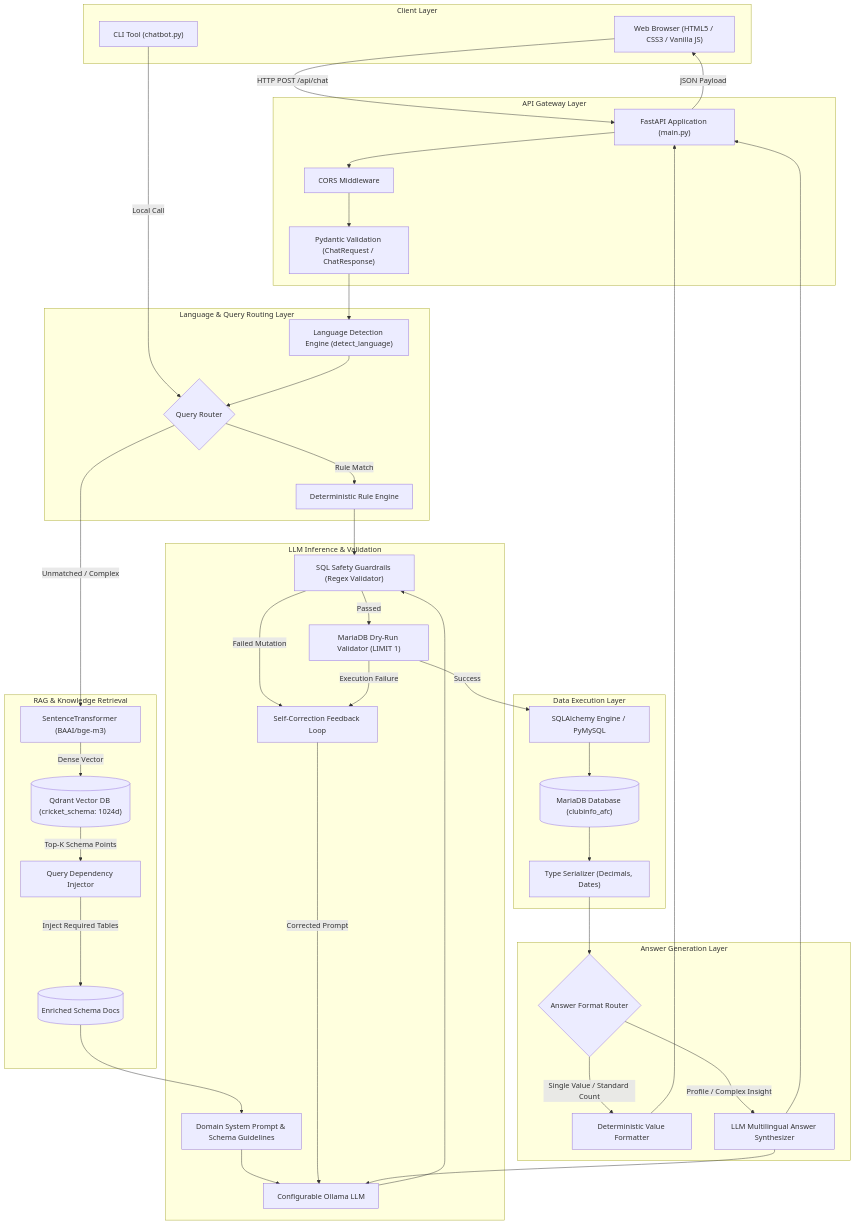
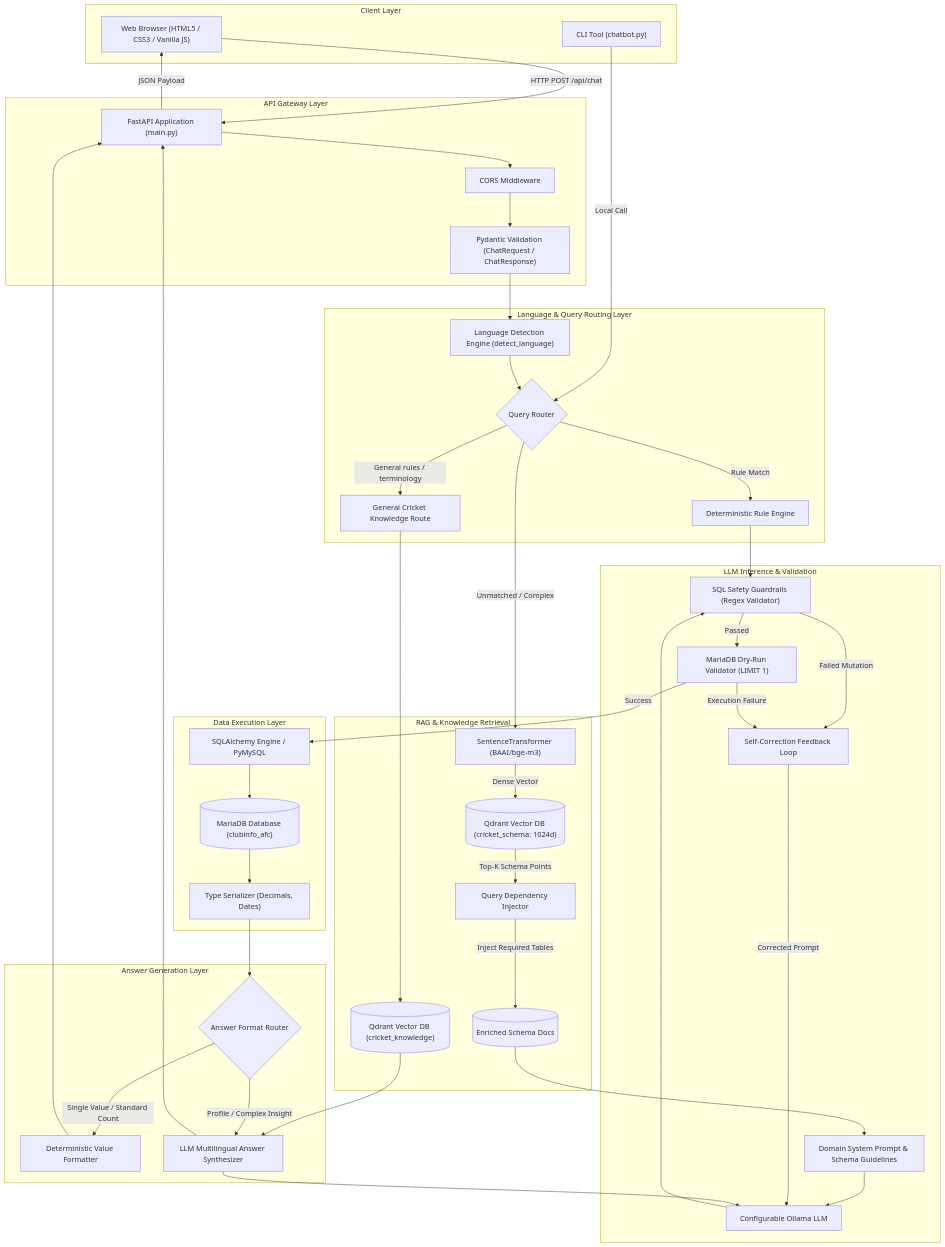
The first of 2 diagrams in ARCHITECTURE.md (mujeebllc/cricket-rag-assistant), drawn with Mermaid before and after one commit. The commit also changed other lines of this file and 20 other files, not shown here.

```diff
--- a/ARCHITECTURE.md
+++ b/ARCHITECTURE.md
@@ -34,11 +34,13 @@
         LangDetector["Language Detection Engine (detect_language)"]
         Router{"Query Router"}
         FastPath["Deterministic Rule Engine"]
+        KnowledgeRoute["General Cricket Knowledge Route"]
     end
 
     subgraph RAG_Engine ["RAG & Knowledge Retrieval"]
         Embedder["SentenceTransformer (BAAI/bge-m3)"]
         Qdrant[("Qdrant Vector DB (cricket_schema: 1024d)")]
+        KnowledgeQdrant[("Qdrant Vector DB (cricket_knowledge)")]
         DepInjector["Query Dependency Injector"]
         SchemaDocs[("Enriched Schema Docs")]
     end
@@ -69,6 +71,9 @@
 
     Router -->|Rule Match| FastPath
     FastPath --> Guardrails
+    Router -->|General rules / terminology| KnowledgeRoute
+    KnowledgeRoute --> KnowledgeQdrant
+    KnowledgeQdrant --> LLMAnswer
 
     Router -->|Unmatched / Complex| Embedder
     Embedder -->|Dense Vector| Qdrant
```
